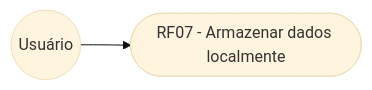
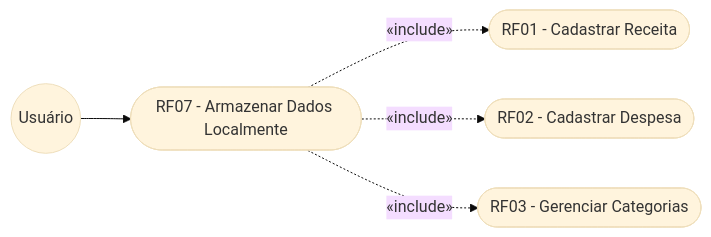
Before and after one commit to NEXA-project-br/NEXA: the seventh of 8 diagrams in relacionamento/dcu.md, drawn with Mermaid (base theme). The commit also changed other lines of this file and 4 other files, not shown here.

````diff
--- a/relacionamento/dcu.md
+++ b/relacionamento/dcu.md
@@ -87,6 +91,13 @@
 ```mermaid
 graph LR
   U((Usuário))
-  RF07([RF07 - Armazenar dados localmente])
+  RF07([RF07 - Armazenar Dados Localmente])
+  RF01([RF01 - Cadastrar Receita])
+  RF02([RF02 - Cadastrar Despesa])
+  RF03([RF03 - Gerenciar Categorias])
+
   U --> RF07
+  RF07 -.->|«include»| RF01
+  RF07 -.->|«include»| RF02
+  RF07 -.->|«include»| RF03
 ```
````
